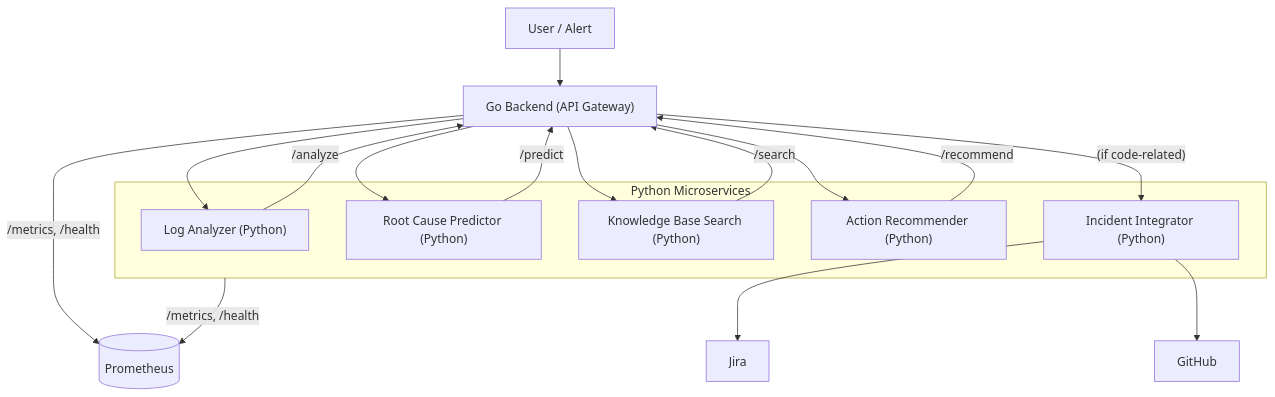
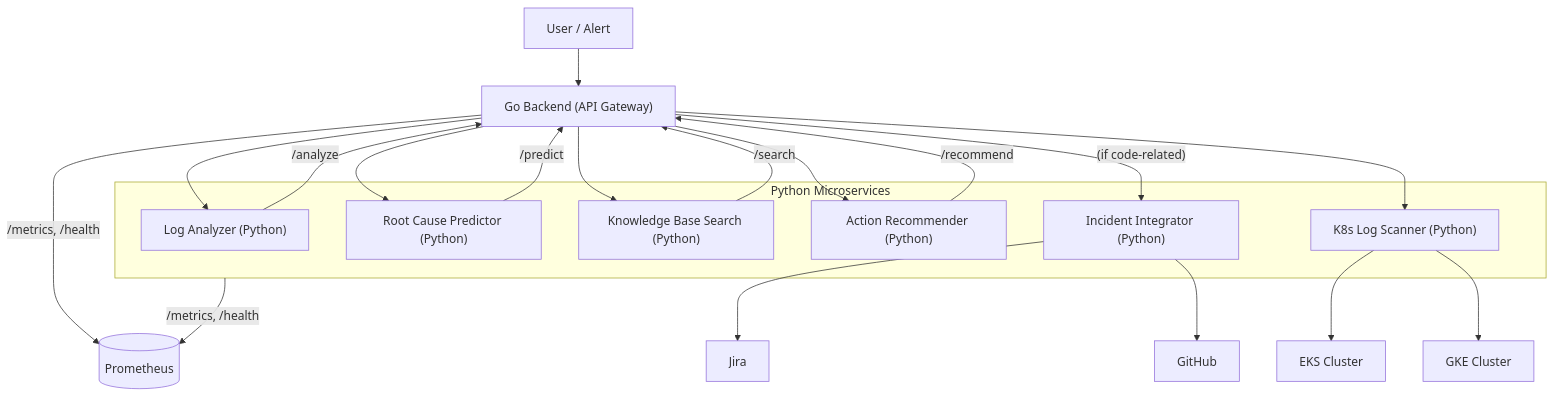
The diagram in README.md (Shmulik27/IncidentResolutionAssistant), drawn with Mermaid before and after one commit. The commit also changed other lines of this file and 17 other files, not shown here.

Commit message:
Add K8s Log Scanner service to Docker Compose and implement related API endpoints in Go backend. Update frontend to include K8s Log Scanner component and enhance dashboard with quick stats and actions. Expand README with instructions for K8s log scanning and troubleshooting steps.

````diff
--- a/README.md
+++ b/README.md
@@ -18,24 +19,28 @@
 ```mermaid
 flowchart TD
     User["User / Alert"] --> GoBackend["Go Backend (API Gateway)"]
     GoBackend --> LogAnalyzer["Log Analyzer (Python)"]
     GoBackend --> RootCausePredictor["Root Cause Predictor (Python)"]
     GoBackend --> KnowledgeBase["Knowledge Base Search (Python)"]
     GoBackend --> ActionRecommender["Action Recommender (Python)"]
     GoBackend -- "(if code-related)" --> IncidentIntegrator["Incident Integrator (Python)"]
+    GoBackend --> K8sLogScanner["K8s Log Scanner (Python)"]
     IncidentIntegrator --> Jira["Jira"]
     IncidentIntegrator --> GitHub["GitHub"]
+    K8sLogScanner --> EKS["EKS Cluster"]
+    K8sLogScanner --> GKE["GKE Cluster"]
     LogAnalyzer -- "/analyze" --> GoBackend
     RootCausePredictor -- "/predict" --> GoBackend
     KnowledgeBase -- "/search" --> GoBackend
     ActionRecommender -- "/recommend" --> GoBackend
     subgraph PythonServices["Python Microservices"]
         LogAnalyzer
         RootCausePredictor
         KnowledgeBase
         ActionRecommender
         IncidentIntegrator
+        K8sLogScanner
     end
     GoBackend -- "/metrics, /health" --> Prometheus[(Prometheus)]
     PythonServices -- "/metrics, /health" --> Prometheus[(Prometheus)]
 ```
````
